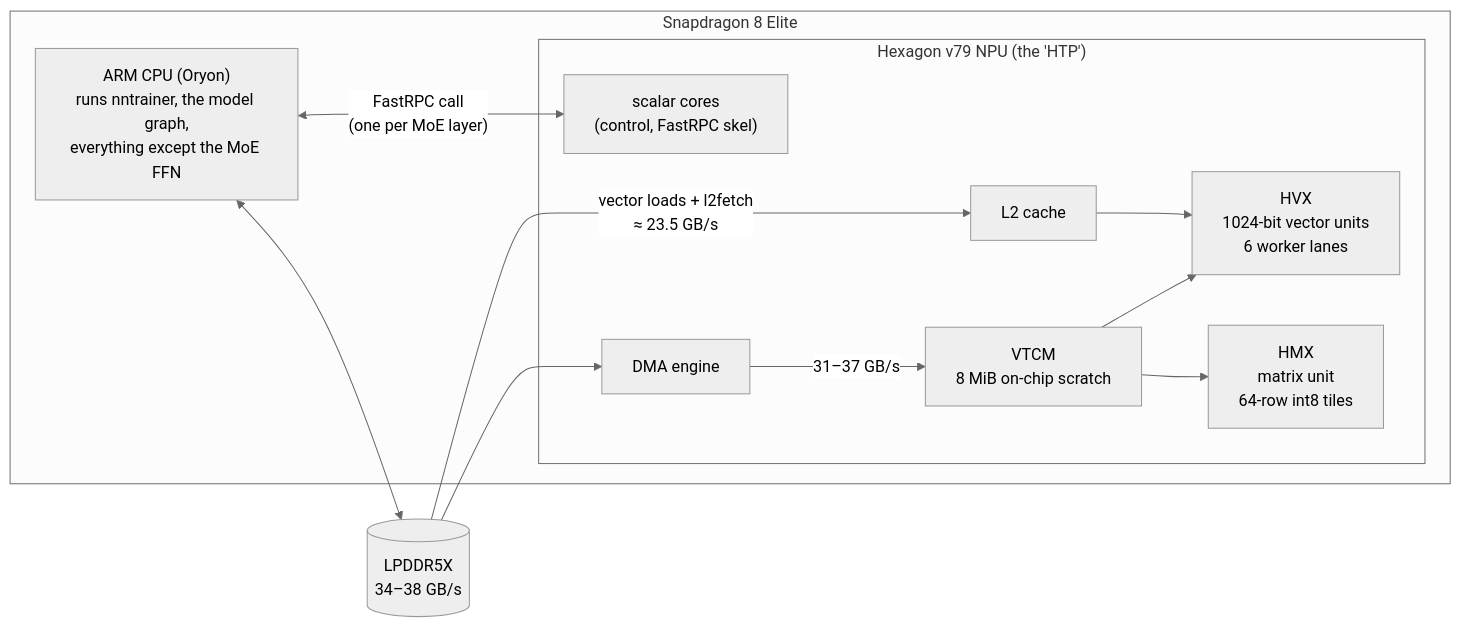
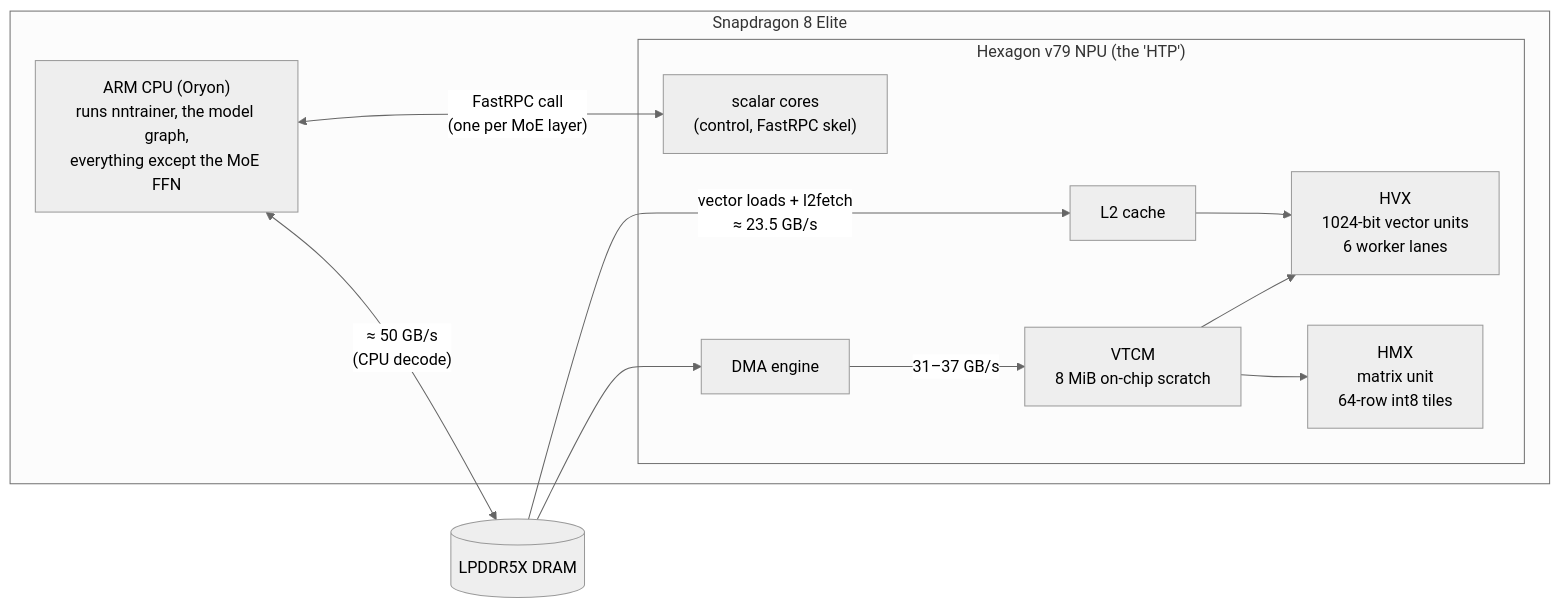
One commit to dlwlzzero/nntrainer changed the first of 7 diagrams in docs/htp/architecture.md. Above: the diagram before and after it, drawn with Mermaid (neutral theme). The commit also changed other lines of this file and 9 other files, not shown here.

````diff
--- a/docs/htp/architecture.md
+++ b/docs/htp/architecture.md
@@ -12,22 +15,22 @@
 ```mermaid
 flowchart LR
     subgraph SoC["Snapdragon 8 Elite"]
         CPU["ARM CPU (Oryon)<br/>runs nntrainer, the model graph,<br/>everything except the MoE FFN"]
         subgraph DSP["Hexagon v79 NPU (the 'HTP')"]
             SC["scalar cores<br/>(control, FastRPC skel)"]
             HVX["HVX<br/>1024-bit vector units<br/>6 worker lanes"]
             HMX["HMX<br/>matrix unit<br/>64-row int8 tiles"]
             VTCM["VTCM<br/>8 MiB on-chip scratch"]
             DMA["DMA engine"]
             L2["L2 cache"]
         end
     end
-    DDR[("LPDDR5X<br/>34–38 GB/s")]
+    DDR[("LPDDR5X DRAM")]
     CPU <-- "FastRPC call<br/>(one per MoE layer)" --> SC
-    CPU <--> DDR
+    CPU <-- "≈ 50 GB/s<br/>(CPU decode)" --> DDR
     DMA -- "31–37 GB/s" --> VTCM
     DDR --> DMA
     DDR -- "vector loads + l2fetch<br/>≈ 23.5 GB/s" --> L2 --> HVX
     VTCM --> HVX
     VTCM --> HMX
 ```
````
